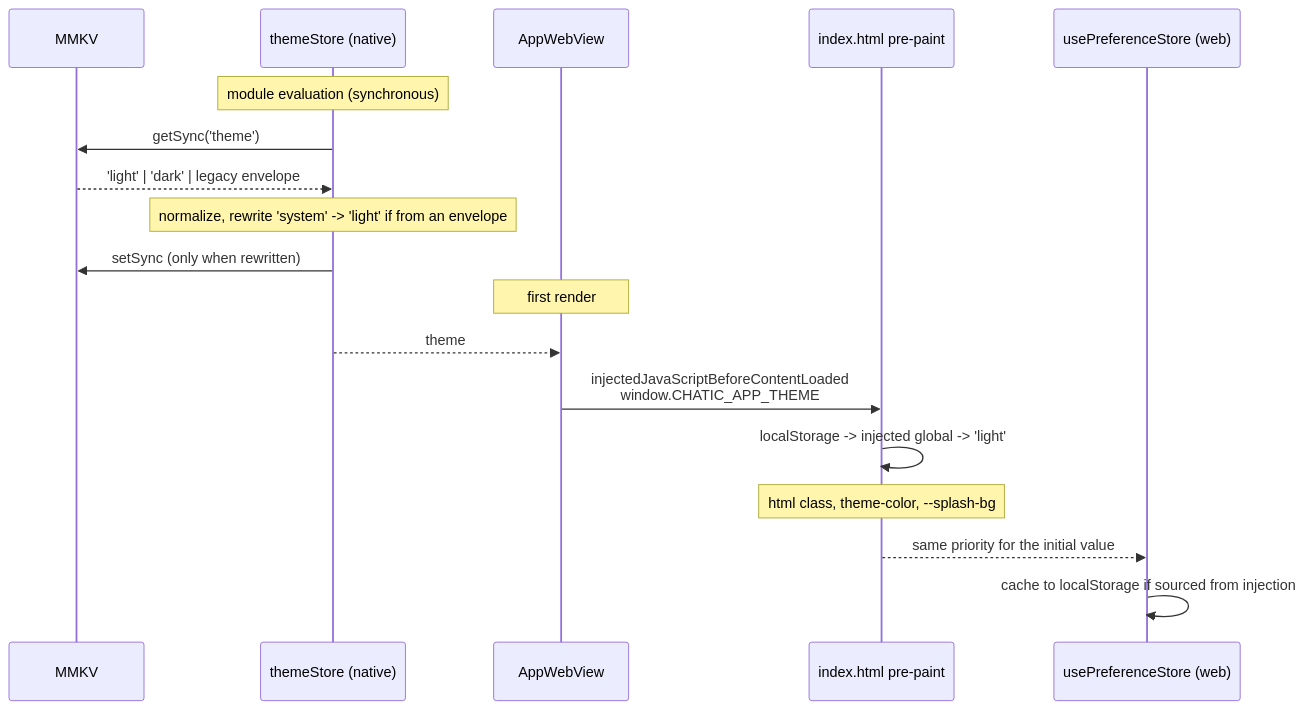
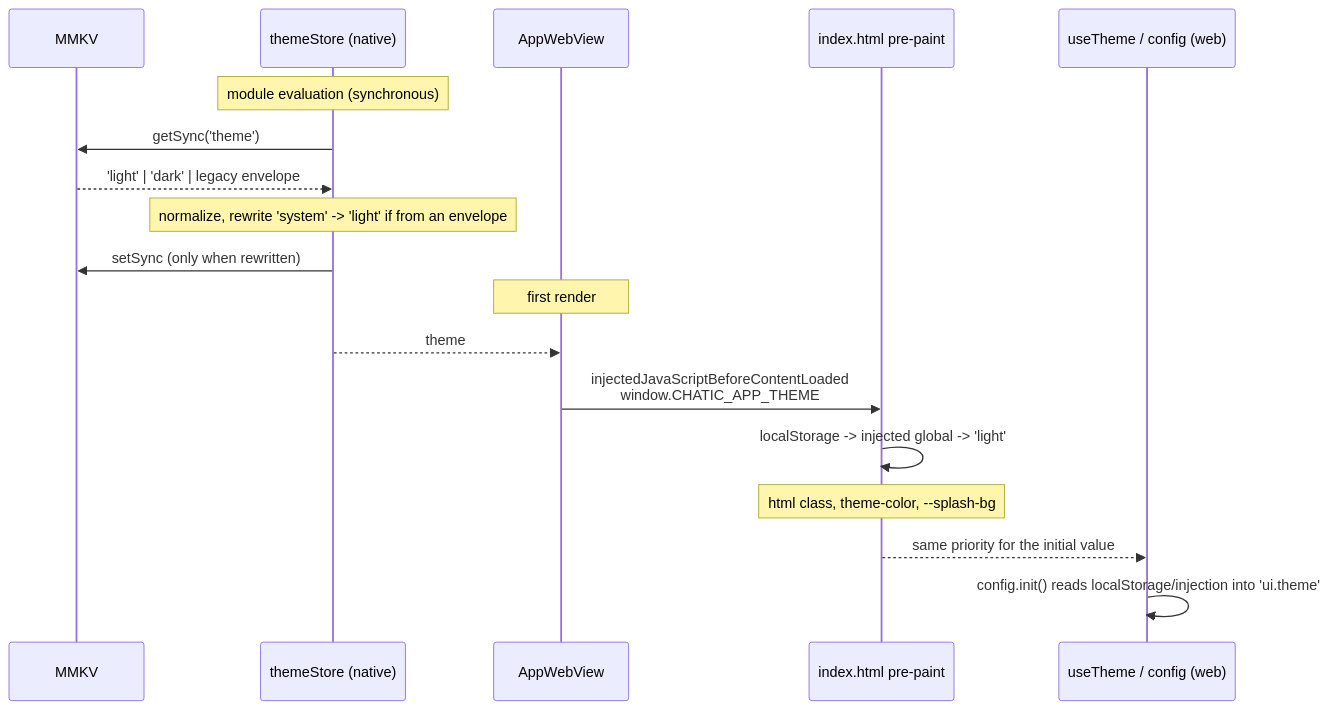
The first of 2 diagrams in apps/mobile/docs/theme.md (lemoncloud-io/dou-app), drawn with Mermaid before and after one commit. The commit also changed other lines of this file, not shown here.

First line of the commit message:
docs(mobile): fix stale web-side theme references

````diff
--- a/apps/mobile/docs/theme.md
+++ b/apps/mobile/docs/theme.md
@@ -114,22 +118,22 @@
 ```mermaid
 sequenceDiagram
     participant MMKV
     participant Store as themeStore (native)
     participant WV as AppWebView
     participant HTML as index.html pre-paint
-    participant WStore as usePreferenceStore (web)
+    participant WStore as useTheme / config (web)
 
     Note over Store: module evaluation (synchronous)
     Store->>MMKV: getSync('theme')
     MMKV-->>Store: 'light' | 'dark' | legacy envelope
     Note over Store: normalize, rewrite 'system' -> 'light' if from an envelope
     Store->>MMKV: setSync (only when rewritten)
 
     Note over WV: first render
     Store-->>WV: theme
     WV->>HTML: injectedJavaScriptBeforeContentLoaded<br/>window.CHATIC_APP_THEME
     HTML->>HTML: localStorage -> injected global -> 'light'
     Note over HTML: html class, theme-color, --splash-bg
     HTML-->>WStore: same priority for the initial value
-    WStore->>WStore: cache to localStorage if sourced from injection
+    WStore->>WStore: config.init() reads localStorage/injection into 'ui.theme'
 ```
````
